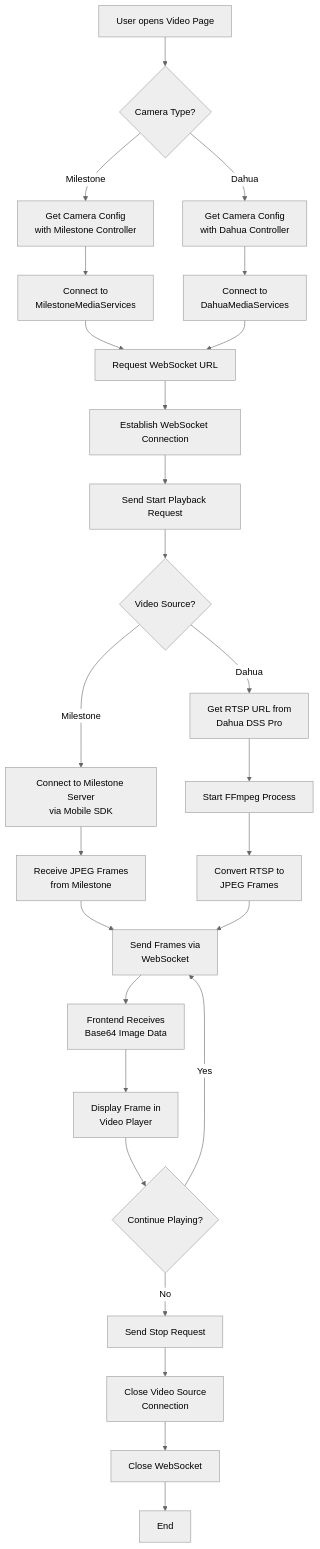
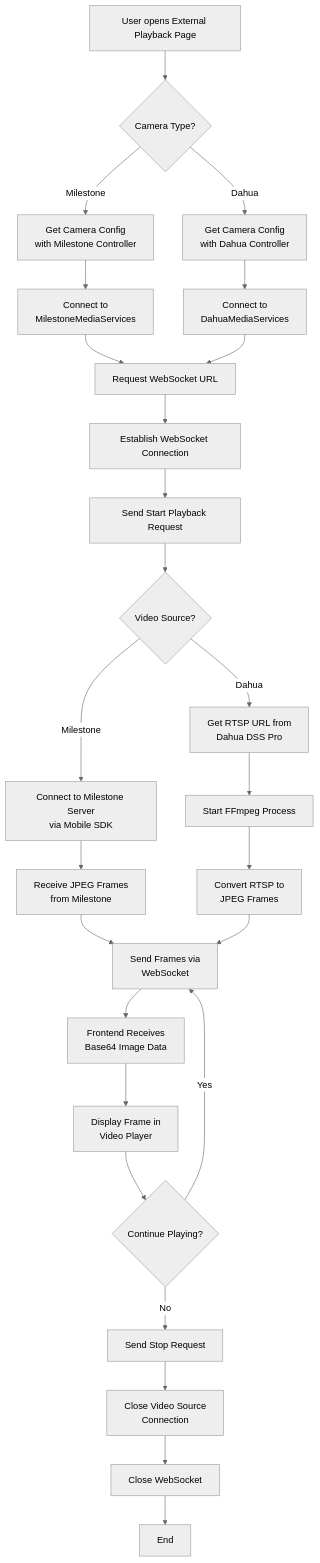
Before and after one commit to LanceQuare/mozart-video-improvement: the fourth of 5 diagrams in docs/video-feature-documentation.md, drawn with Mermaid (neutral theme). The commit also changed other lines of this file and 6 other files, not shown here.

````diff
--- a/docs/video-feature-documentation.md
+++ b/docs/video-feature-documentation.md
@@ -1335,41 +2560,41 @@
 ```mermaid
 flowchart TD
-    A[User opens Video Page] --> B{Camera Type?}
+    A[User opens External Playback Page] --> B{Camera Type?}
     
     B -->|Milestone| C[Get Camera Config<br/>with Milestone Controller]
     B -->|Dahua| D[Get Camera Config<br/>with Dahua Controller]
     
     C --> E[Connect to<br/>MilestoneMediaServices]
     D --> F[Connect to<br/>DahuaMediaServices]
     
     E --> G[Request WebSocket URL]
     F --> G
     
     G --> H[Establish WebSocket Connection]
     
     H --> I[Send Start Playback Request]
     
     I --> J{Video Source?}
     
     J -->|Milestone| K[Connect to Milestone Server<br/>via Mobile SDK]
     J -->|Dahua| L[Get RTSP URL from<br/>Dahua DSS Pro]
     
     K --> M[Receive JPEG Frames<br/>from Milestone]
     L --> N[Start FFmpeg Process]
     N --> O[Convert RTSP to<br/>JPEG Frames]
     
     M --> P[Send Frames via<br/>WebSocket]
     O --> P
     
     P --> Q[Frontend Receives<br/>Base64 Image Data]
     
     Q --> R[Display Frame in<br/>Video Player]
     
     R --> S{Continue Playing?}
     S -->|Yes| P
     S -->|No| T[Send Stop Request]
     
     T --> U[Close Video Source<br/>Connection]
     U --> V[Close WebSocket]
     V --> W[End]
 ```
````
